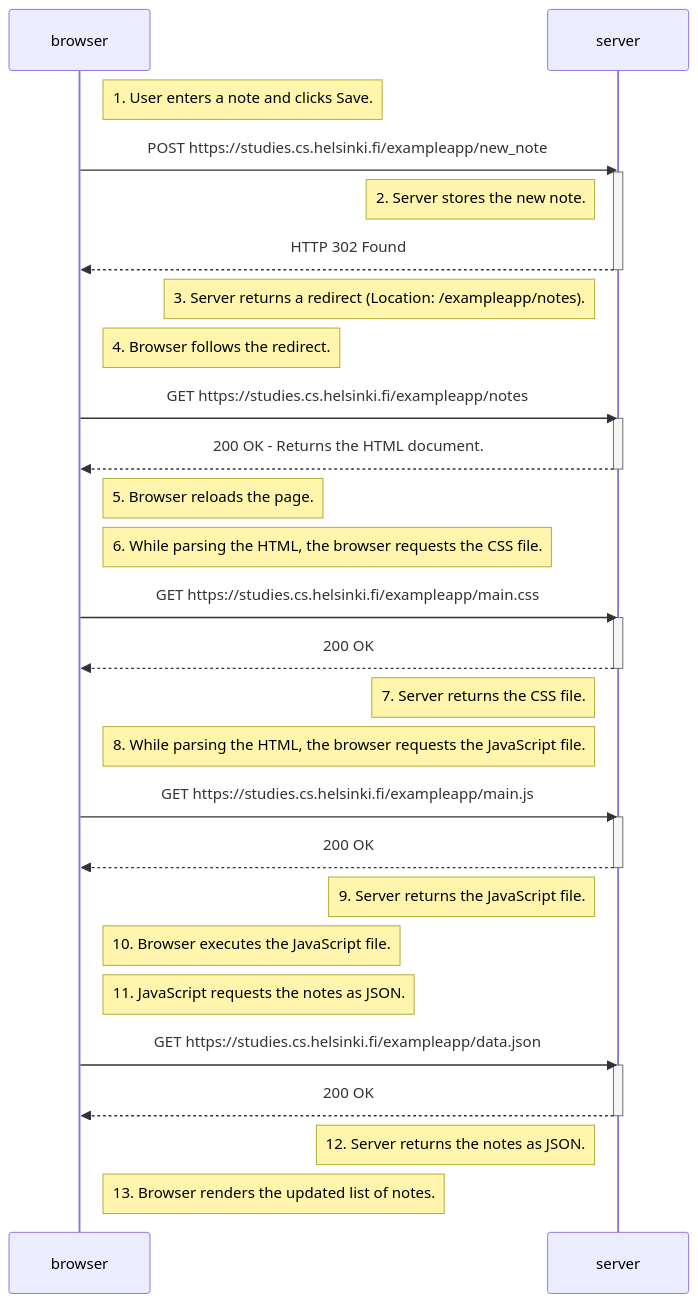
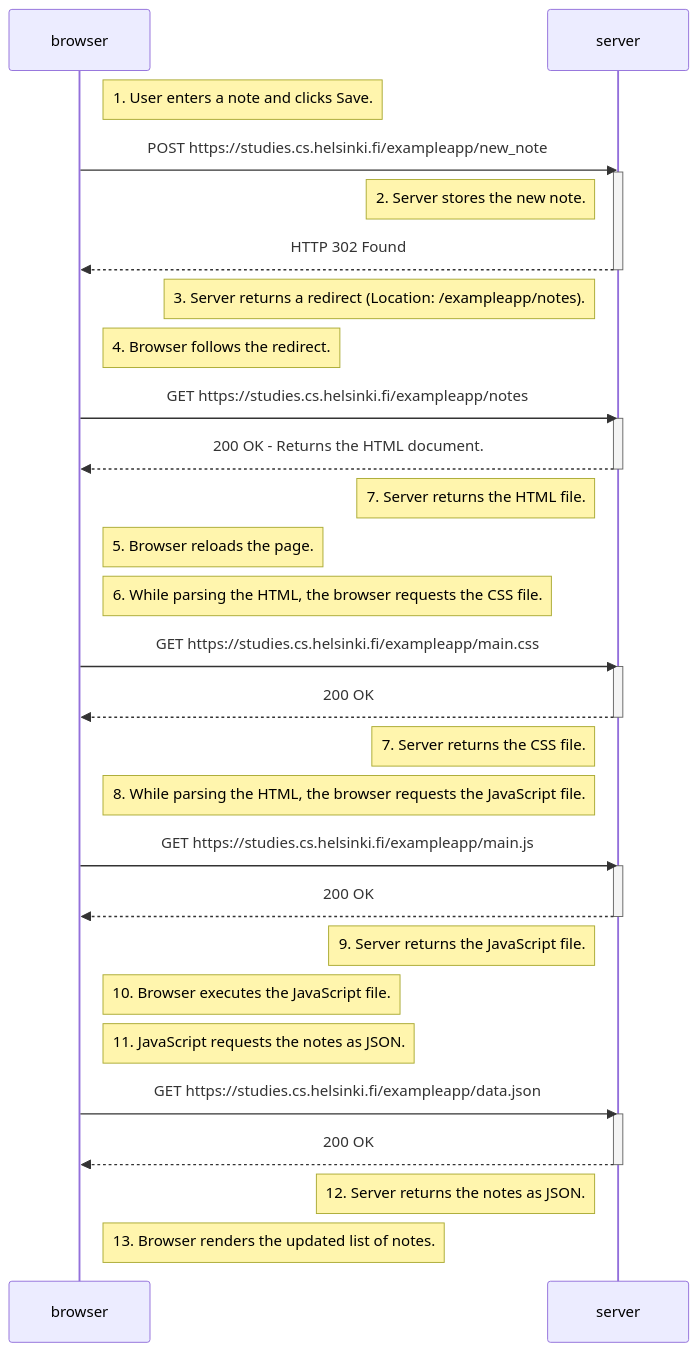
The diagram in osa0/0.4.md (DrFinger2/fullstackopen-2026), drawn with Mermaid before and after one commit.

````diff
--- a/osa0/0.4.md
+++ b/osa0/0.4.md
@@ -1,46 +1,47 @@
 ```mermaid
 sequenceDiagram
     participant browser
     participant server
 
     Note right of browser: 1. User enters a note and clicks Save.
     browser->>server: POST https://studies.cs.helsinki.fi/exampleapp/new_note
     activate server
     Note left of server: 2. Server stores the new note.
     server-->>browser: HTTP 302 Found
     deactivate server
     Note left of server: 3. Server returns a redirect (Location: /exampleapp/notes).
 
     Note right of browser: 4. Browser follows the redirect.
     browser->>server: GET https://studies.cs.helsinki.fi/exampleapp/notes
     activate server
     server-->>browser: 200 OK - Returns the HTML document.
     deactivate server
+    Note left of server: 7. Server returns the HTML file.
 
     Note right of browser: 5. Browser reloads the page.
 
     Note right of browser: 6. While parsing the HTML, the browser requests the CSS file.
     browser->>server: GET https://studies.cs.helsinki.fi/exampleapp/main.css
     activate server
     server-->>browser: 200 OK
     deactivate server
     Note left of server: 7. Server returns the CSS file.
 
     Note right of browser: 8. While parsing the HTML, the browser requests the JavaScript file.
     browser->>server: GET https://studies.cs.helsinki.fi/exampleapp/main.js
     activate server
     server-->>browser: 200 OK
     deactivate server
     Note left of server: 9. Server returns the JavaScript file.
 
     Note right of browser: 10. Browser executes the JavaScript file.
 
     Note right of browser: 11. JavaScript requests the notes as JSON.
     browser->>server: GET https://studies.cs.helsinki.fi/exampleapp/data.json
     activate server
     server-->>browser: 200 OK
     deactivate server
     Note left of server: 12. Server returns the notes as JSON.
 
     Note right of browser: 13. Browser renders the updated list of notes.
 ```
````
